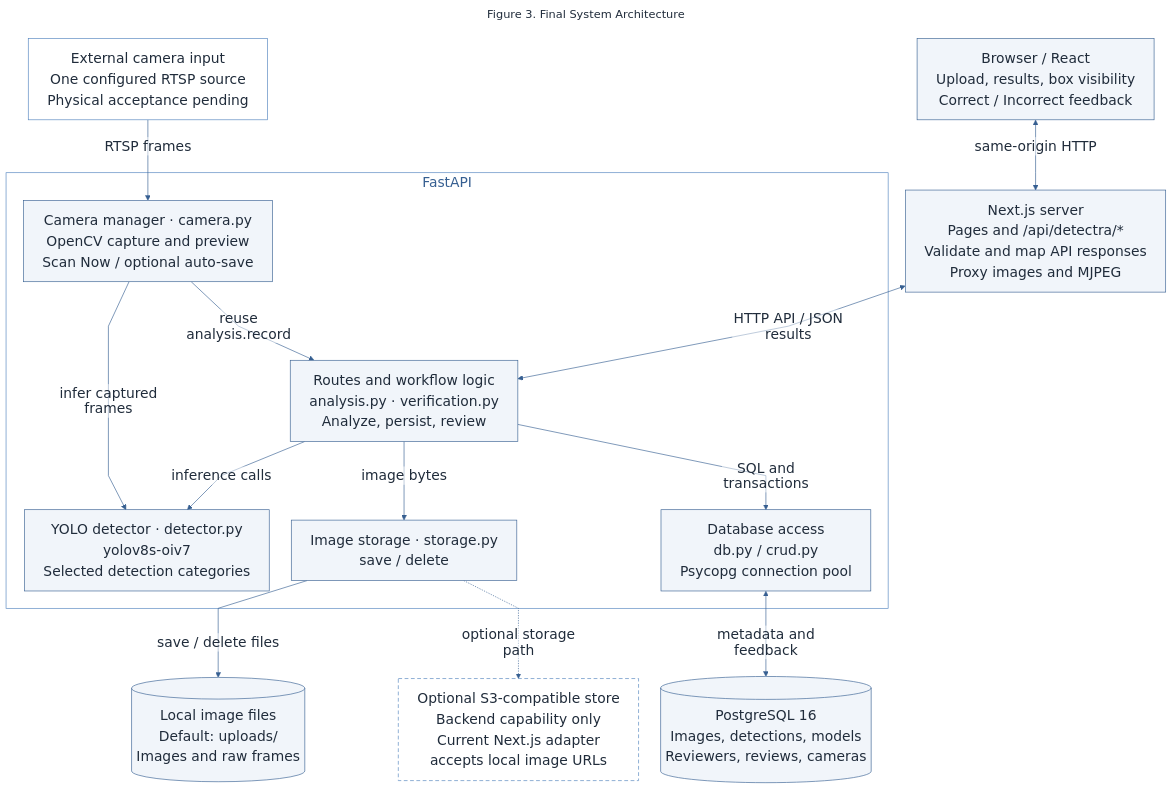
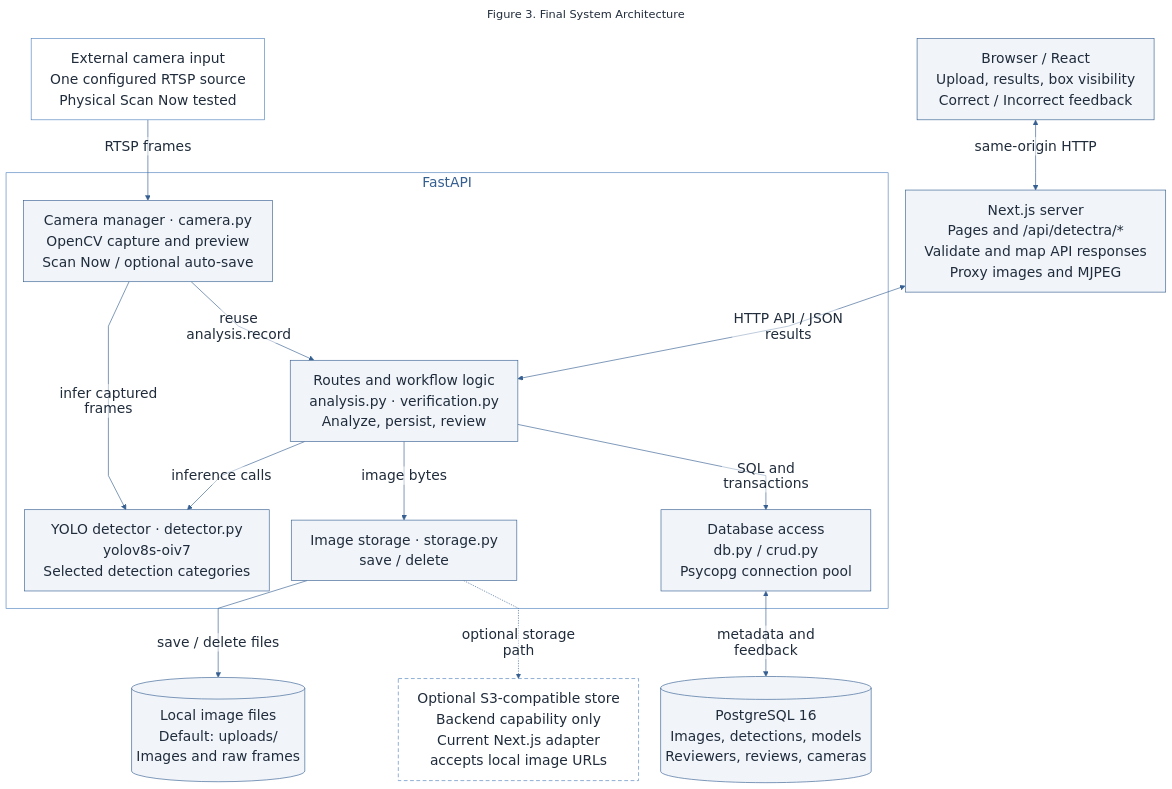
Before and after one commit to elyannmarih/Computer-Vision-Based-Animal-Detection-and-Monitoring-System: the diagram in docs/phase4/figures/figure-03-system-architecture.mmd, drawn with Mermaid. The commit also changed 6 other files, not shown here.

Commit message:
docs: add physical camera Scan Now evidence and update validation scope

```diff
--- a/docs/phase4/figures/figure-03-system-architecture.mmd
+++ b/docs/phase4/figures/figure-03-system-architecture.mmd
@@ -1,59 +1,59 @@
 ---
 title: Figure 3. Final System Architecture
 config:
   theme: base
   look: classic
   markdownAutoWrap: false
   themeVariables:
     fontFamily: Times New Roman, Times, serif
     fontSize: 22px
     primaryColor: '#F1F5FA'
     primaryTextColor: '#202C3B'
     primaryBorderColor: '#365F91'
     lineColor: '#365F91'
     secondaryColor: '#FFFFFF'
     tertiaryColor: '#FFFFFF'
     clusterBkg: '#FFFFFF'
     clusterBorder: '#4F81BD'
     titleColor: '#365F91'
   flowchart:
     htmlLabels: false
     wrappingWidth: 380
     curve: linear
     nodeSpacing: 35
     rankSpacing: 55
 ---
 flowchart TB
   accTitle: Final System Architecture
-  accDescr: Local client-server application. FastAPI contains modules, not separate microservices. S3 is optional and physical-camera acceptance is pending.
+  accDescr: Local client-server application. FastAPI contains modules, not separate microservices. S3 is optional. Physical-camera preview and Scan Now were tested; field accuracy and sustained operation remain unvalidated.
   B["Browser / React<br/>Upload, results, box visibility<br/>Correct / Incorrect feedback"]
   N["Next.js server<br/>Pages and /api/detectra/*<br/>Validate and map API responses<br/>Proxy images and MJPEG"]
-  R["External camera input<br/>One configured RTSP source<br/>Physical acceptance pending"]
+  R["External camera input<br/>One configured RTSP source<br/>Physical Scan Now tested"]
   subgraph F["FastAPI"]
     A["Routes and workflow logic<br/>analysis.py · verification.py<br/>Analyze, persist, review"]
     C["Camera manager · camera.py<br/>OpenCV capture and preview<br/>Scan Now / optional auto-save"]
     Y["YOLO detector · detector.py<br/>yolov8s-oiv7<br/>Selected detection categories"]
     S["Image storage · storage.py<br/>save / delete"]
     D["Database access<br/>db.py / crud.py<br/>Psycopg connection pool"]
     C -->|reuse analysis.record| A
     C -->|infer captured frames| Y
     A -->|inference calls| Y
     A -->|image bytes| S
     A -->|SQL and transactions| D
   end
   L[("Local image files<br/>Default: uploads/<br/>Images and raw frames")]
   P[("PostgreSQL 16<br/>Images, detections, models<br/>Reviewers, reviews, cameras")]
   O["Optional S3-compatible store<br/>Backend capability only<br/>Current Next.js adapter<br/>accepts local image URLs"]
   B <-->|same-origin HTTP| N
   N <-->|HTTP API / JSON results| A
   R -->|RTSP frames| C
   S -->|save / delete files| L
   S -.->|optional storage path| O
   D <-->|metadata and feedback| P
   classDef optional fill:#FFFFFF,stroke:#4F81BD,stroke-dasharray:6 4,color:#202C3B;
   classDef external fill:#FFFFFF,stroke:#4F81BD,color:#202C3B;
   class O optional;
   class R external;
   %% Local Compose exposes only Next.js on the host loopback interface.
   %% PostgreSQL stores image URLs; image bytes remain in file storage.
   %% Automated camera tests use generated local video, not physical RTSP evidence.
```
